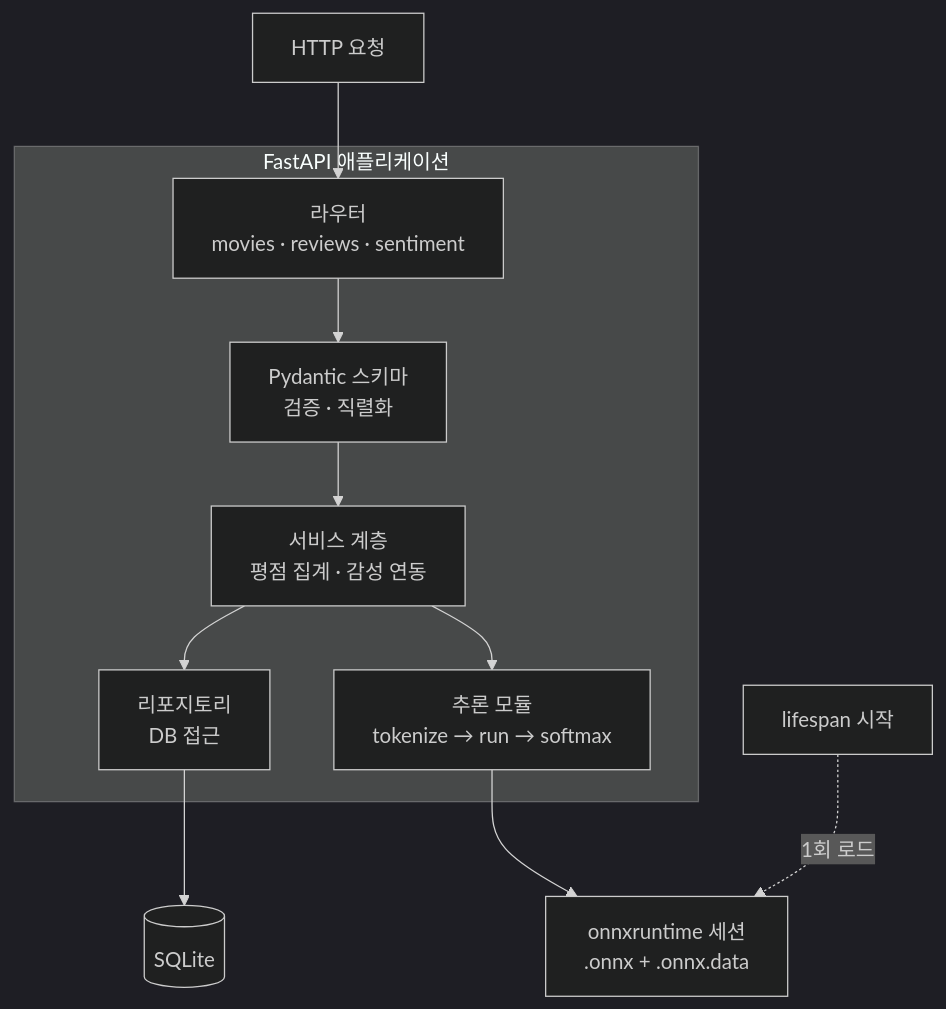
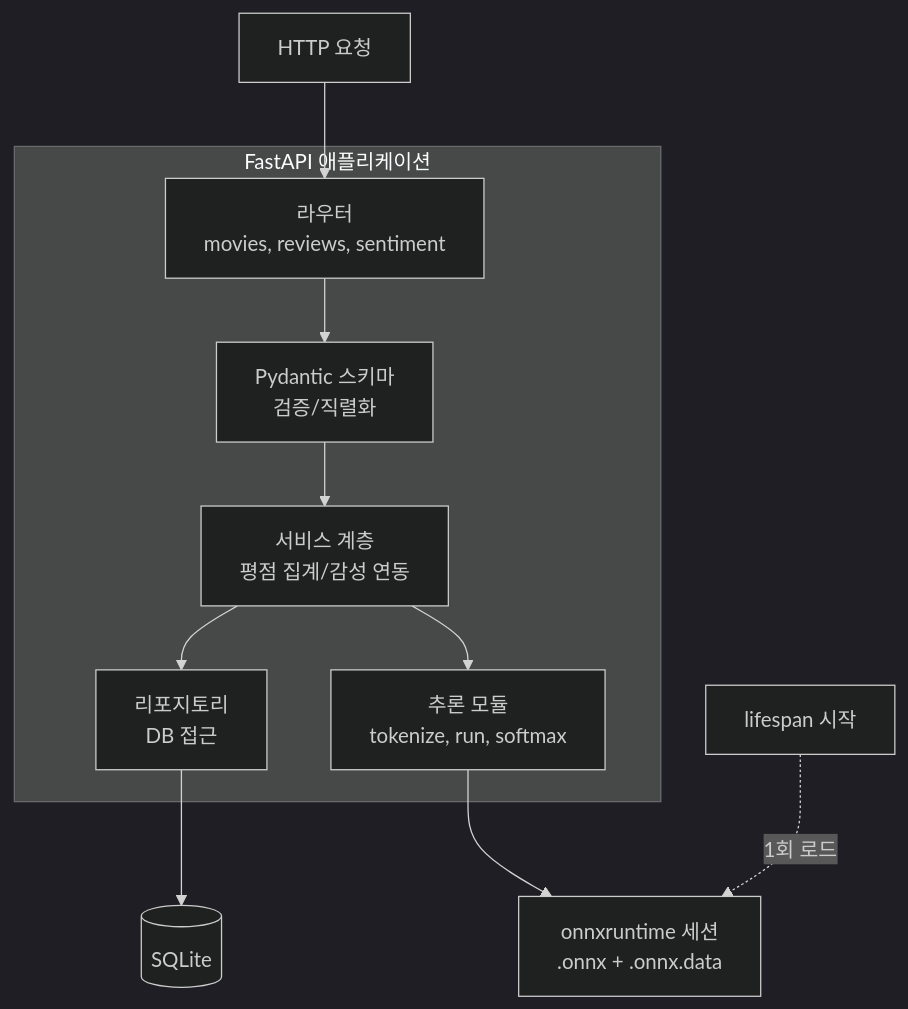
Before and after one commit to Yopkigom/codeit-kdt-missions: the second of 5 diagrams in mission18/report.md, drawn with Mermaid (dark theme). The commit also changed other lines of this file and 1 other file, not shown here.

````diff
--- a/mission18/report.md
+++ b/mission18/report.md
@@ -99,22 +99,22 @@
 ```mermaid
 flowchart TB
     REQ["HTTP 요청"] --> ROUTER
 
     subgraph APP["FastAPI 애플리케이션"]
-        ROUTER["라우터<br/>movies · reviews · sentiment"]
-        SCHEMA["Pydantic 스키마<br/>검증 · 직렬화"]
-        SERVICE["서비스 계층<br/>평점 집계 · 감성 연동"]
+        ROUTER["라우터<br/>movies, reviews, sentiment"]
+        SCHEMA["Pydantic 스키마<br/>검증/직렬화"]
+        SERVICE["서비스 계층<br/>평점 집계/감성 연동"]
         REPO["리포지토리<br/>DB 접근"]
-        INFER["추론 모듈<br/>tokenize → run → softmax"]
+        INFER["추론 모듈<br/>tokenize, run, softmax"]
 
         ROUTER --> SCHEMA
         SCHEMA --> SERVICE
         SERVICE --> REPO
         SERVICE --> INFER
     end
 
     REPO --> SQLITE[("SQLite")]
     INFER --> ORT["onnxruntime 세션<br/>.onnx + .onnx.data"]
 
     LIFESPAN["lifespan 시작"] -.->|1회 로드| ORT
 ```
````
